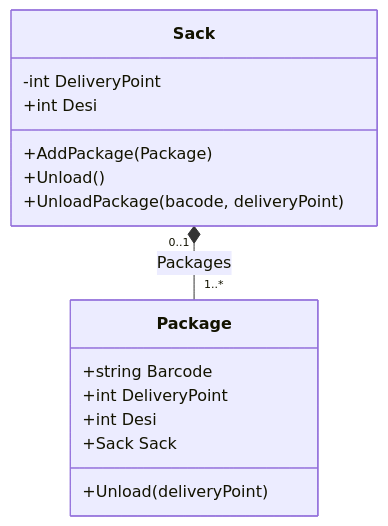
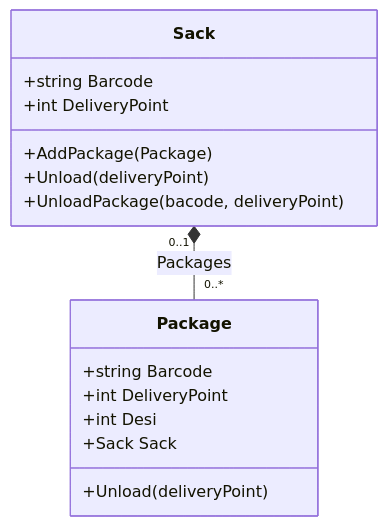
One commit to nour-s/fleet-management changed the diagram in docs/domain_class_diagram.md. Above: the diagram before and after it, drawn with Mermaid. The commit also changed 4 other files, not shown here.

````diff
--- a/docs/domain_class_diagram.md
+++ b/docs/domain_class_diagram.md
@@ -1,22 +1,22 @@
 ```mermaid
 classDiagram
-    Sack  "0..1" *-- "1..*" Package: Packages
+    Sack  "0..1" *-- "0..*" Package: Packages
 
     class Sack{
-        -int DeliveryPoint
-        +int Desi
+        +string Barcode
+        +int DeliveryPoint
 
         +AddPackage(Package)
-        +Unload()
+        +Unload(deliveryPoint)
         +UnloadPackage(bacode, deliveryPoint)
     }
 
     class Package{
         +string Barcode
         +int DeliveryPoint
         +int Desi
         +Sack Sack
         +Unload(deliveryPoint)
     }
 
 ```
````
